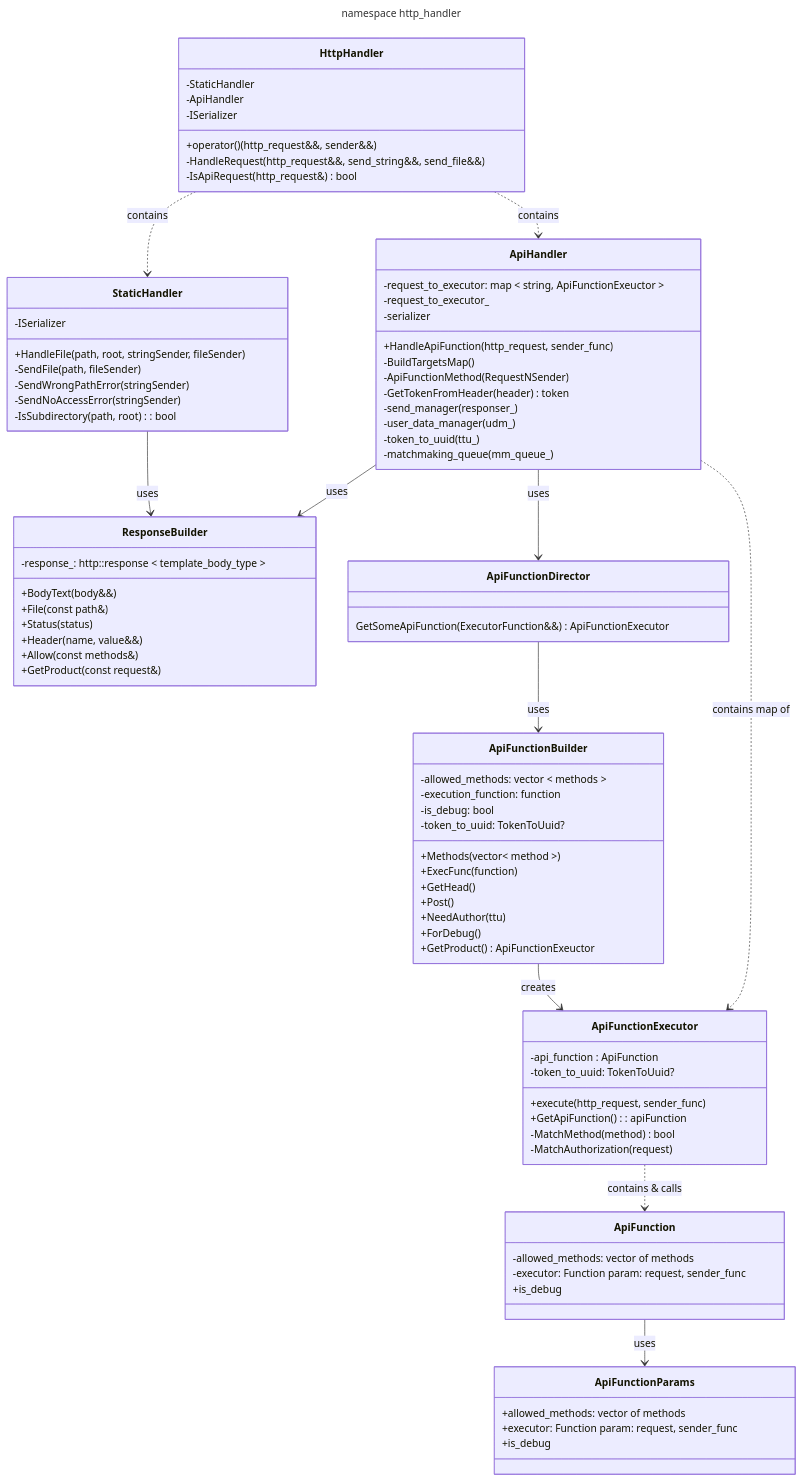
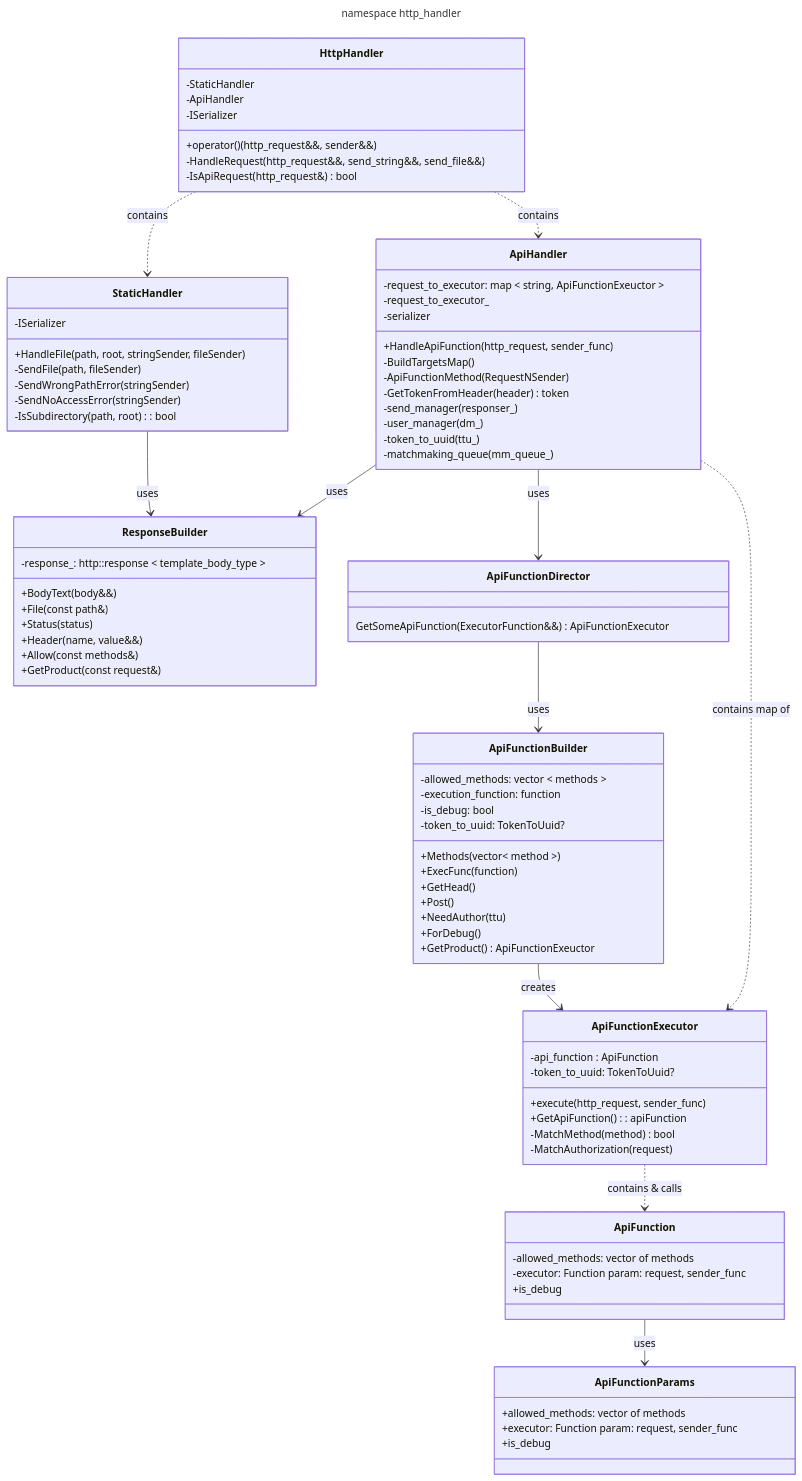
Before and after one commit to LeeDoor/game_webserver: the diagram in docs/http_handler.md, drawn with Mermaid. The commit also changed other lines of this file and 59 other files, not shown here.

```diff
--- a/docs/http_handler.md
+++ b/docs/http_handler.md
@@ -57,7 +57,7 @@
   -request_to_executor_      
         -serializer
         -send_manager(responser_)
-        -user_data_manager(udm_)
+        -user_manager(dm_)
         -token_to_uuid (ttu_)
         -matchmaking_queue(mm_queue_)
     }
```
